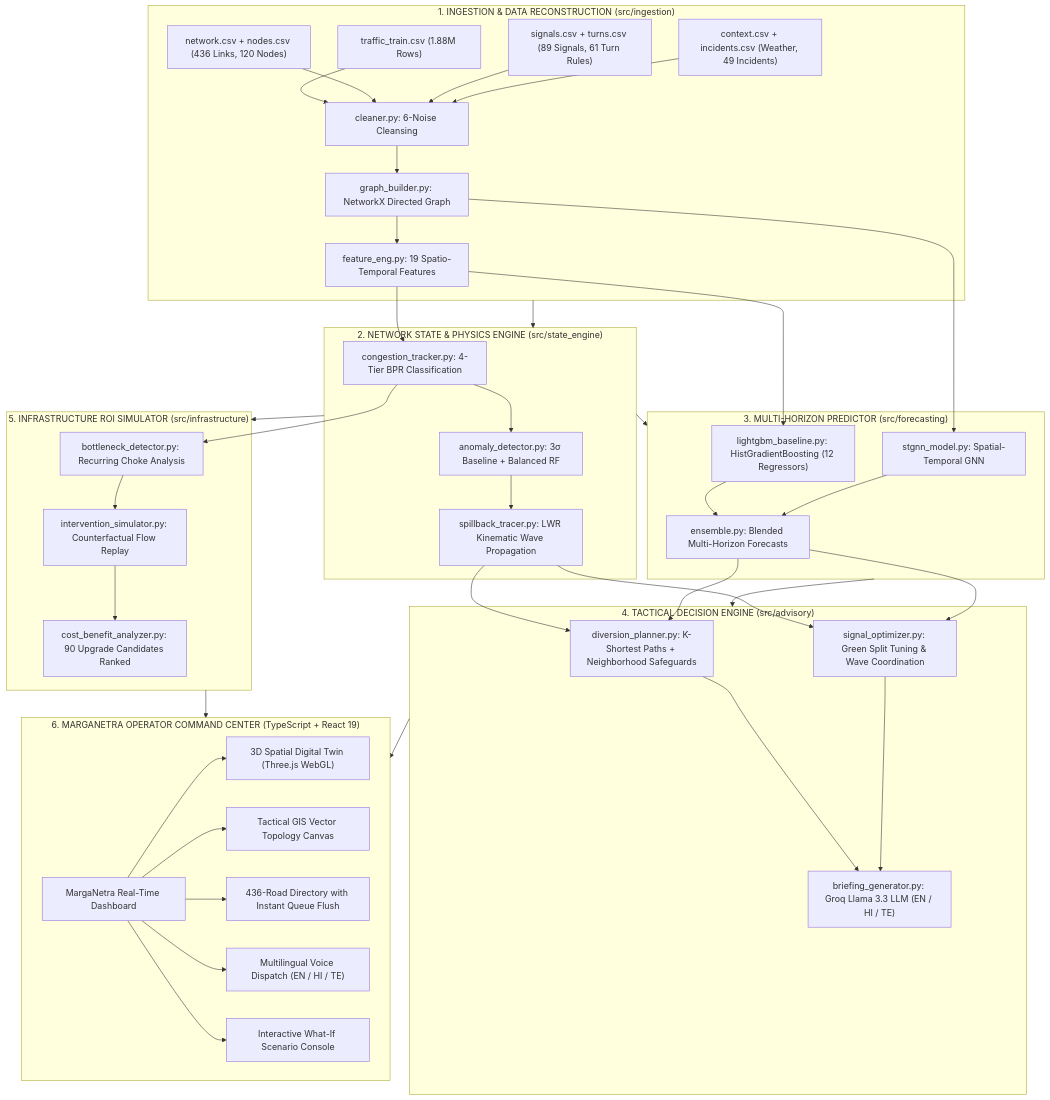
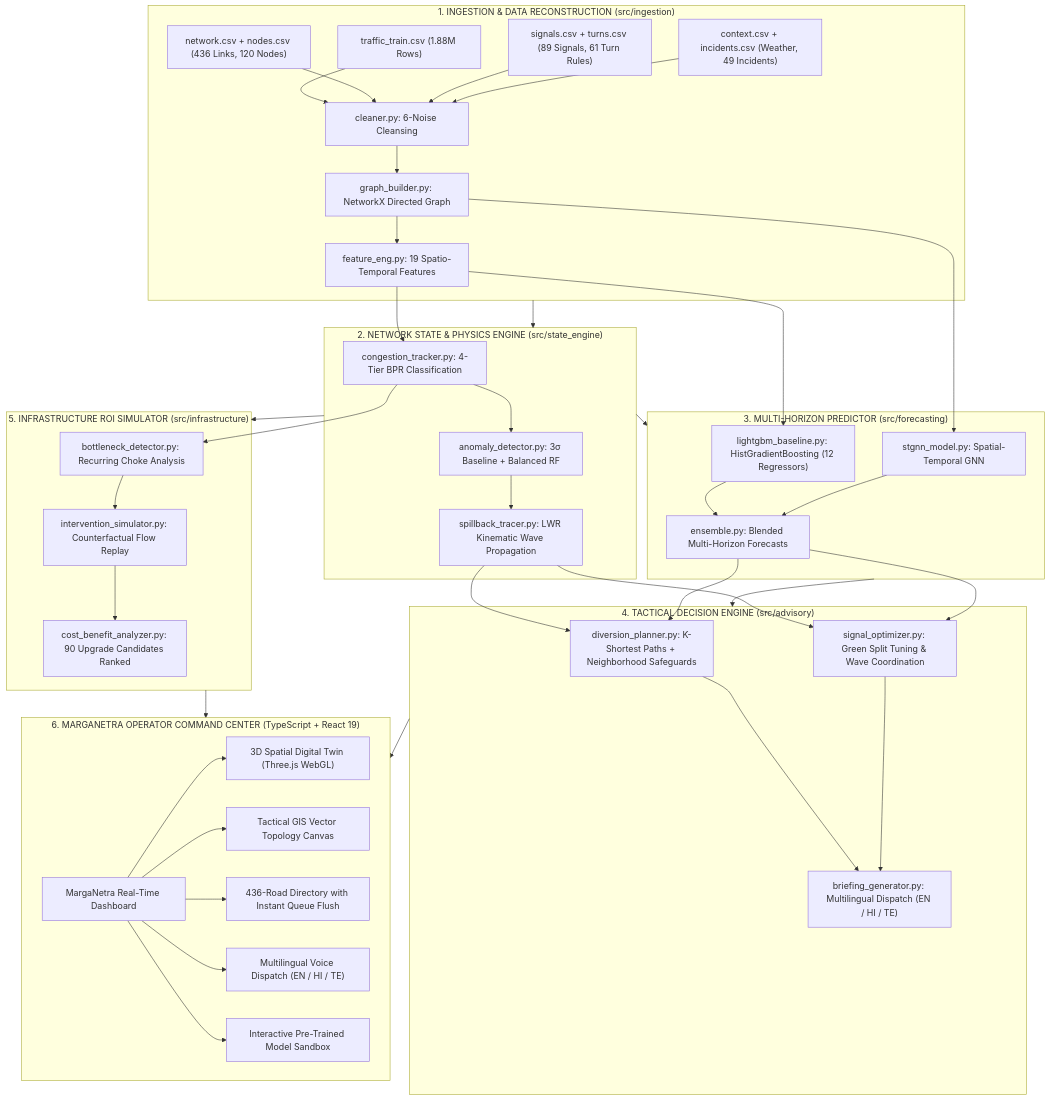
One commit to nikki-nooka/Marga-Netra changed the diagram in README.md. Above: the diagram before and after it, drawn with Mermaid. The commit also changed other lines of this file and 3 other files, not shown here.

````diff
--- a/README.md
+++ b/README.md
@@ -158,52 +179,52 @@
 ```mermaid
 flowchart TD
     subgraph INGESTION["1. INGESTION & DATA RECONSTRUCTION (src/ingestion)"]
         D1["traffic_train.csv (1.88M Rows)"]
         D2["network.csv + nodes.csv (436 Links, 120 Nodes)"]
         D3["signals.csv + turns.csv (89 Signals, 61 Turn Rules)"]
         D4["context.csv + incidents.csv (Weather, 49 Incidents)"]
         D1 & D2 & D3 & D4 --> CLEAN["cleaner.py: 6-Noise Cleansing"]
         CLEAN --> GRAPH["graph_builder.py: NetworkX Directed Graph"]
         GRAPH --> FEAT["feature_eng.py: 19 Spatio-Temporal Features"]
     end
 
     subgraph CORE_ENGINE["2. NETWORK STATE & PHYSICS ENGINE (src/state_engine)"]
         FEAT --> BPR["congestion_tracker.py: 4-Tier BPR Classification"]
         BPR --> ANOMALY["anomaly_detector.py: 3σ Baseline + Balanced RF"]
         ANOMALY --> SPILLBACK["spillback_tracer.py: LWR Kinematic Wave Propagation"]
     end
 
     subgraph FORECAST["3. MULTI-HORIZON PREDICTOR (src/forecasting)"]
         FEAT --> HGB["lightgbm_baseline.py: HistGradientBoosting (12 Regressors)"]
         GRAPH --> STGNN["stgnn_model.py: Spatial-Temporal GNN"]
         HGB & STGNN --> ENSEMBLE["ensemble.py: Blended Multi-Horizon Forecasts"]
     end
 
     subgraph ADVISORY["4. TACTICAL DECISION ENGINE (src/advisory)"]
         SPILLBACK & ENSEMBLE --> DIVERSION["diversion_planner.py: K-Shortest Paths + Neighborhood Safeguards"]
         SPILLBACK & ENSEMBLE --> SIGNAL["signal_optimizer.py: Green Split Tuning & Wave Coordination"]
-        DIVERSION & SIGNAL --> LLM["briefing_generator.py: Groq Llama 3.3 LLM (EN / HI / TE)"]
+        DIVERSION & SIGNAL --> LLM["briefing_generator.py: Multilingual Dispatch (EN / HI / TE)"]
     end
 
     subgraph STRATEGIC["5. INFRASTRUCTURE ROI SIMULATOR (src/infrastructure)"]
         BPR --> BOTTLENECK["bottleneck_detector.py: Recurring Choke Analysis"]
         BOTTLENECK --> SIM["intervention_simulator.py: Counterfactual Flow Replay"]
         SIM --> ROI["cost_benefit_analyzer.py: 90 Upgrade Candidates Ranked"]
     end
 
     subgraph OPERATOR_UI["6. MARGANETRA OPERATOR COMMAND CENTER (TypeScript + React 19)"]
         DASH["MargaNetra Real-Time Dashboard"]
         DASH --> TWIN["3D Spatial Digital Twin (Three.js WebGL)"]
         DASH --> GIS["Tactical GIS Vector Topology Canvas"]
         DASH --> DIR["436-Road Directory with Instant Queue Flush"]
         DASH --> AUDIO["Multilingual Voice Dispatch (EN / HI / TE)"]
-        DASH --> CONSOLE["Interactive What-If Scenario Console"]
+        DASH --> SANDBOX["Interactive Pre-Trained Model Sandbox"]
     end
 
     INGESTION --> CORE_ENGINE
     CORE_ENGINE --> FORECAST
     FORECAST --> ADVISORY
     CORE_ENGINE --> STRATEGIC
     ADVISORY --> OPERATOR_UI
     STRATEGIC --> OPERATOR_UI
 ```
````
